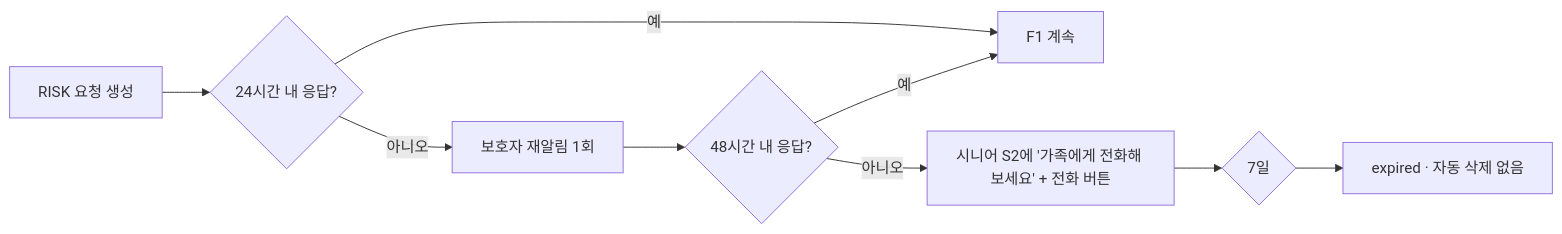
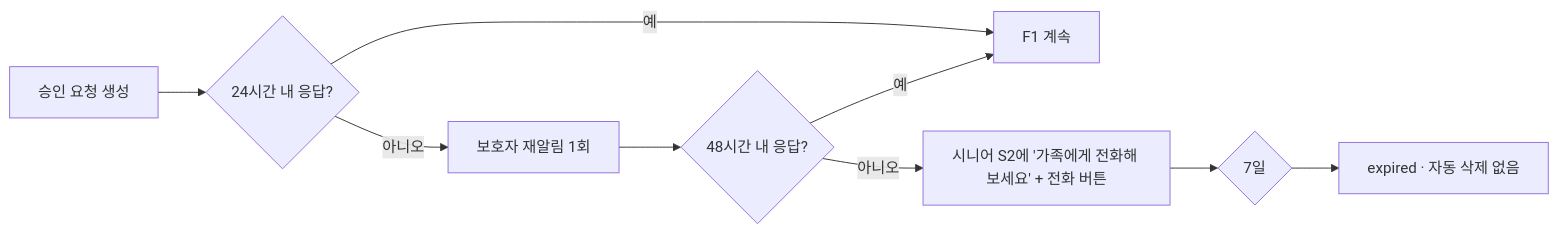
The fourth of 5 diagrams in specs/001-mvp/ux-flows.md (inq-o/phonedoctor), drawn with Mermaid before and after one commit. The commit also changed other lines of this file and 6 other files, not shown here.

````diff
--- a/specs/001-mvp/ux-flows.md
+++ b/specs/001-mvp/ux-flows.md
@@ -149,11 +152,11 @@
 ```mermaid
 flowchart LR
-    A[RISK 요청 생성] --> B{24시간 내 응답?}
+    A[승인 요청 생성] --> B{24시간 내 응답?}
     B -- 예 --> Z[F1 계속]
     B -- 아니오 --> C[보호자 재알림 1회]
     C --> D{48시간 내 응답?}
     D -- 예 --> Z
     D -- 아니오 --> E[시니어 S2에 '가족에게 전화해 보세요' + 전화 버튼]
     E --> F{7일}
     F --> G[expired · 자동 삭제 없음]
 ```
````
